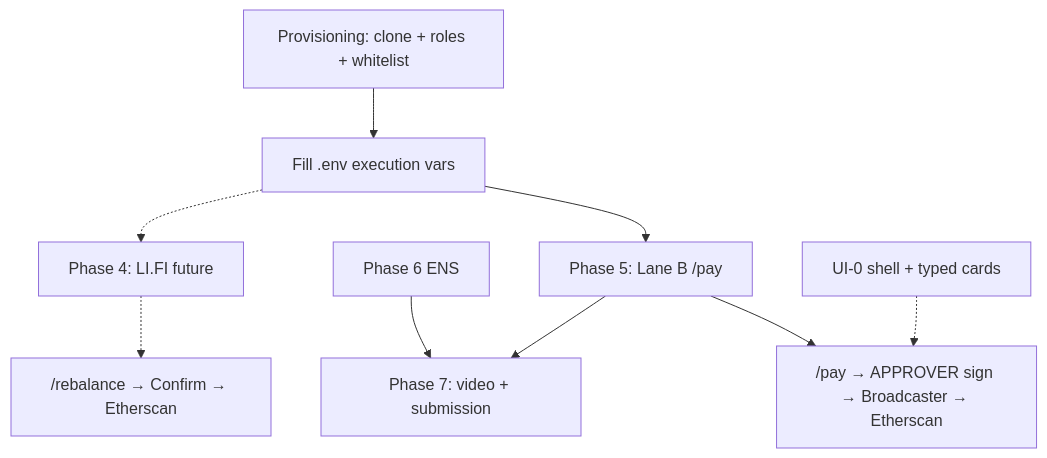
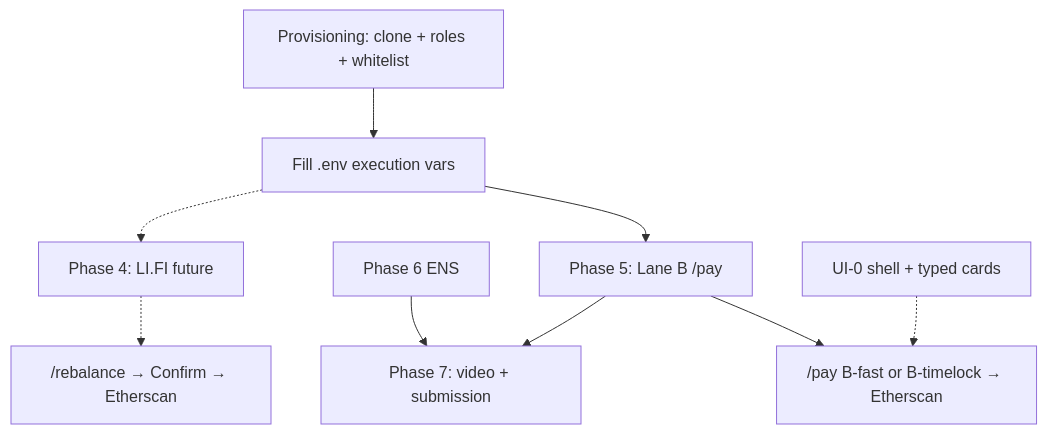
One commit to PracticalParticle/AgentBlox changed the diagram in docs/overview.md. Above: the diagram before and after it, drawn with Mermaid. The commit also changed other lines of this file and 29 other files, not shown here.

````diff
--- a/docs/overview.md
+++ b/docs/overview.md
@@ -68,11 +70,11 @@
 ```mermaid
 flowchart TD
     PROV[Provisioning: clone + roles + whitelist] --> ENV[Fill .env execution vars]
     ENV --> P5[Phase 5: Lane B /pay]
-    P5 --> E2E["/pay → APPROVER sign → Broadcaster → Etherscan"]
+    P5 --> E2E["/pay B-fast or B-timelock → Etherscan"]
     P5 --> P7[Phase 7: video + submission]
     P6[Phase 6 ENS] --> P7
     ENV -.-> P4[Phase 4: LI.FI future]
     P4 -.-> E2E2["/rebalance → Confirm → Etherscan"]
     UI[UI-0 shell + typed cards] -.-> E2E
 ```
````
